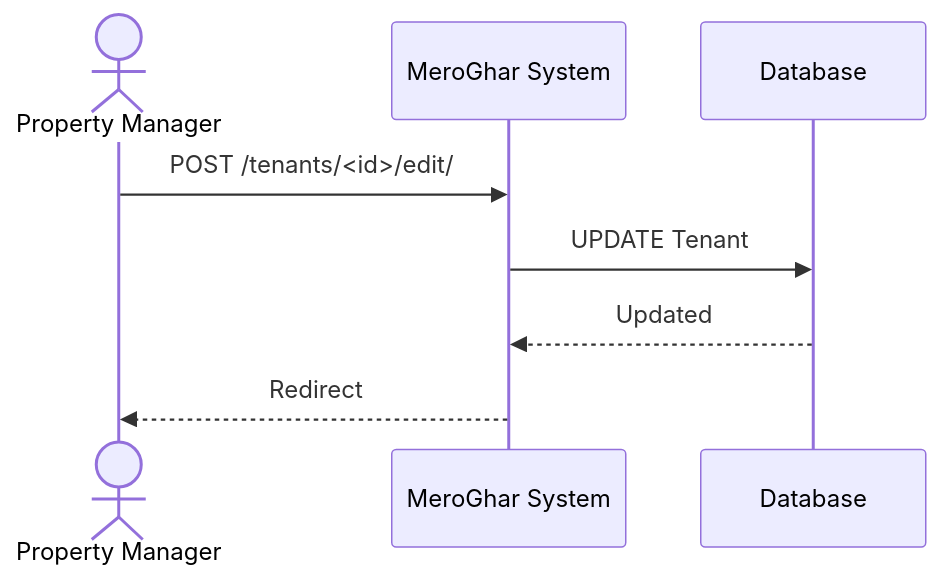
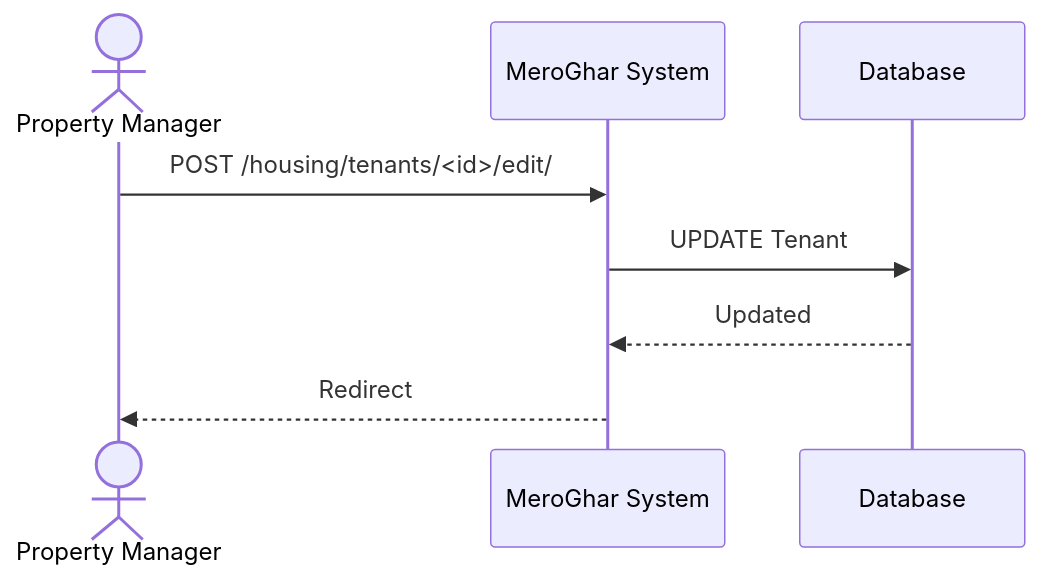
The third of 4 diagrams in docs/workflows/tenant.md (0Ankit0/meroghar), drawn with Mermaid before and after one commit. The commit also changed other lines of this file and 10 other files, not shown here.

````diff
--- a/docs/workflows/tenant.md
+++ b/docs/workflows/tenant.md
@@ -62,11 +62,11 @@
 ```mermaid
 sequenceDiagram
     actor Manager as Property Manager
     participant System as MeroGhar System
     participant DB as Database
 
-    Manager->>System: POST /tenants/<id>/edit/
+    Manager->>System: POST /housing/tenants/<id>/edit/
     System->>DB: UPDATE Tenant
     DB-->>System: Updated
     System-->>Manager: Redirect
 ```
````
